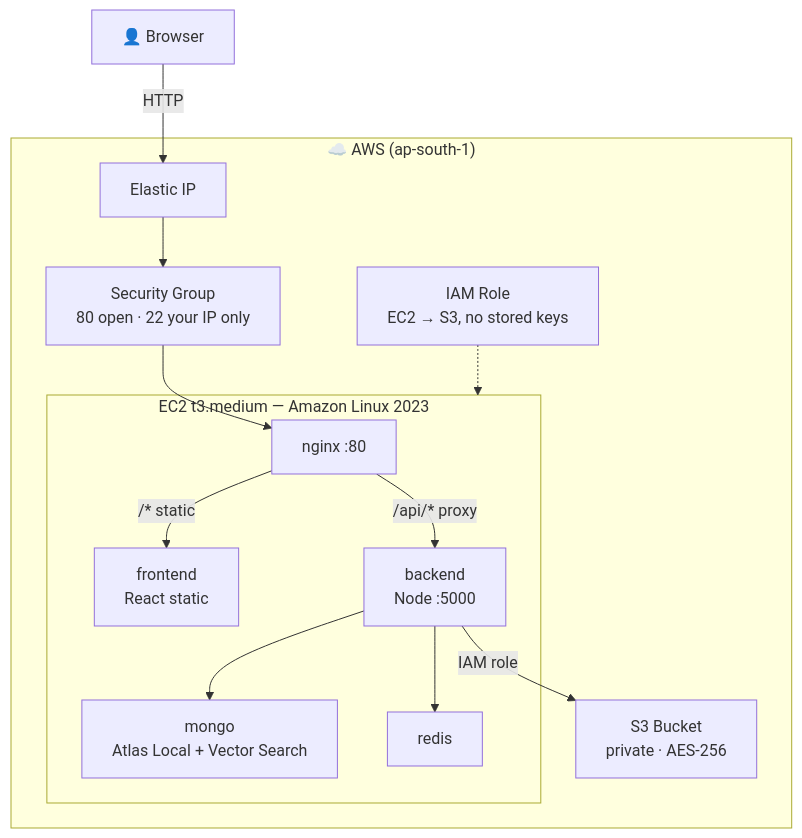
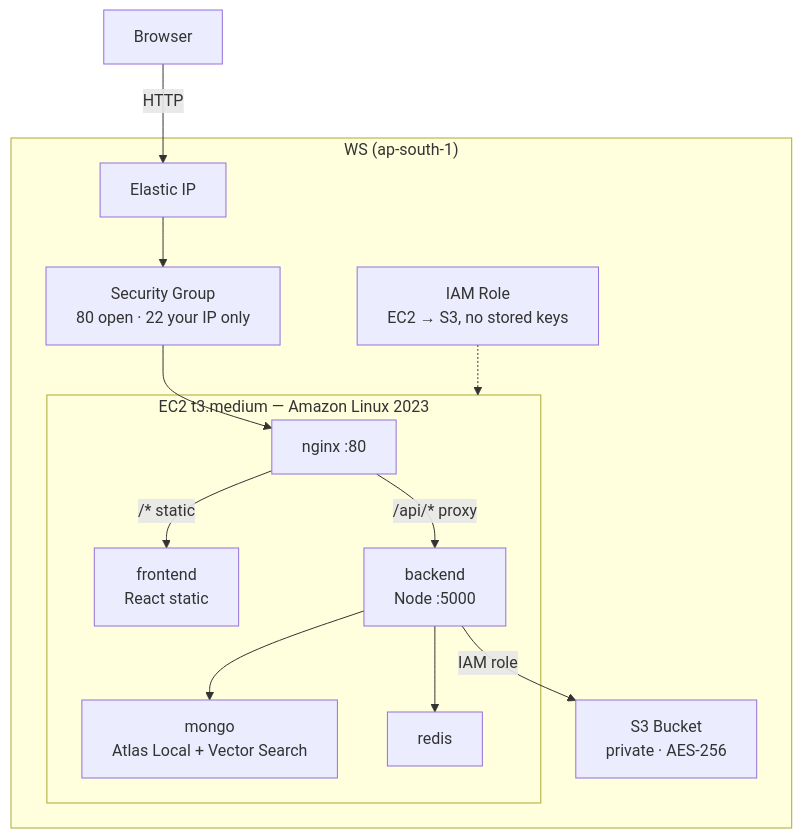
Before and after one commit to venunisandhan/DocuSense: the fourth of 4 diagrams in README.md, drawn with Mermaid. The commit also changed other lines of this file and 6 other files, not shown here.

````diff
--- a/README.md
+++ b/README.md
@@ -198,23 +198,23 @@
 ```mermaid
 graph TB
-    subgraph AWS["☁️ AWS (ap-south-1)"]
+    subgraph AWS["WS (ap-south-1)"]
         subgraph EC2["EC2 t3.medium — Amazon Linux 2023"]
             NG["nginx :80"]
             FE["frontend\nReact static"]
             BE["backend\nNode :5000"]
             MG["mongo\nAtlas Local + Vector Search"]
             RD["redis"]
         end
         EIP["Elastic IP"]
         SG["Security Group\n80 open · 22 your IP only"]
         S3B["S3 Bucket\nprivate · AES-256"]
         IAM["IAM Role\nEC2 → S3, no stored keys"]
     end
 
-    USER["👤 Browser"] -->|HTTP| EIP --> SG --> NG
+    USER["Browser"] -->|HTTP| EIP --> SG --> NG
     NG -->|"/* static"| FE
     NG -->|"/api/* proxy"| BE
     BE --> MG & RD
     BE -->|IAM role| S3B
     IAM -.-> EC2
 ```
````
